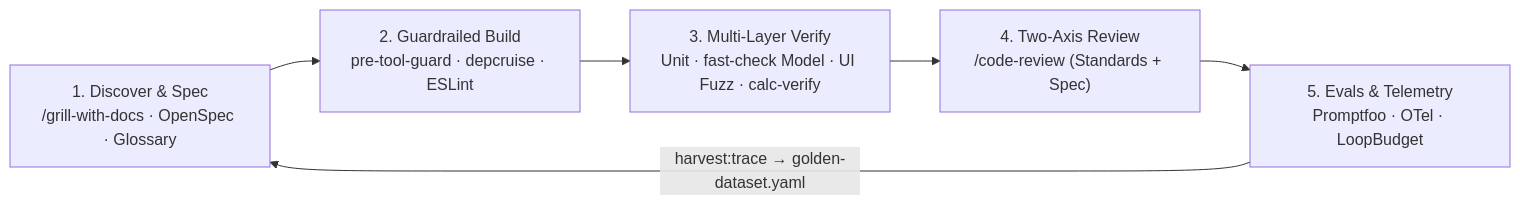
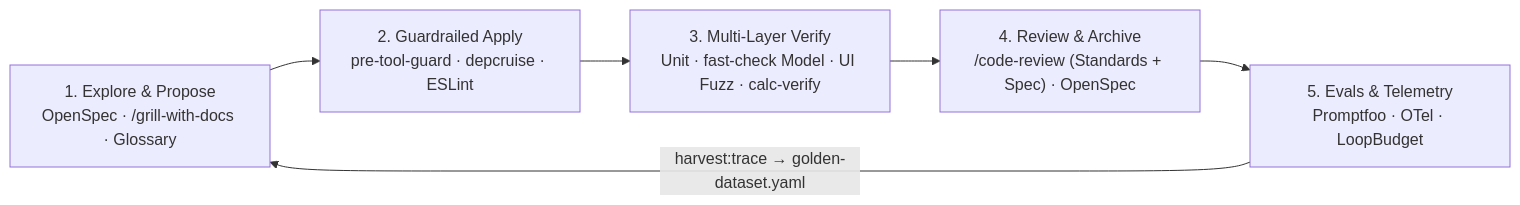
Before and after one commit to ndsrf/CalculatorApp: the diagram in README.md, drawn with Mermaid. The commit also changed other lines of this file and 3 other files, not shown here.

Commit message:
docs: add end-to-end Square Root OpenSpec walkthrough and Developer vs CI matrix to README

````diff
--- a/README.md
+++ b/README.md
@@ -11,8 +11,8 @@
 ```mermaid
 flowchart LR
-    A["1. Discover & Spec<br/>/grill-with-docs · OpenSpec · Glossary"] --> B["2. Guardrailed Build<br/>pre-tool-guard · depcruise · ESLint"]
+    A["1. Explore & Propose<br/>OpenSpec · /grill-with-docs · Glossary"] --> B["2. Guardrailed Apply<br/>pre-tool-guard · depcruise · ESLint"]
     B --> C["3. Multi-Layer Verify<br/>Unit · fast-check Model · UI Fuzz · calc-verify"]
-    C --> D["4. Two-Axis Review<br/>/code-review (Standards + Spec)"]
+    C --> D["4. Review & Archive<br/>/code-review (Standards + Spec) · OpenSpec"]
     D --> E["5. Evals & Telemetry<br/>Promptfoo · OTel · LoopBudget"]
     E -->|"harvest:trace → golden-dataset.yaml"| A
 ```
````
